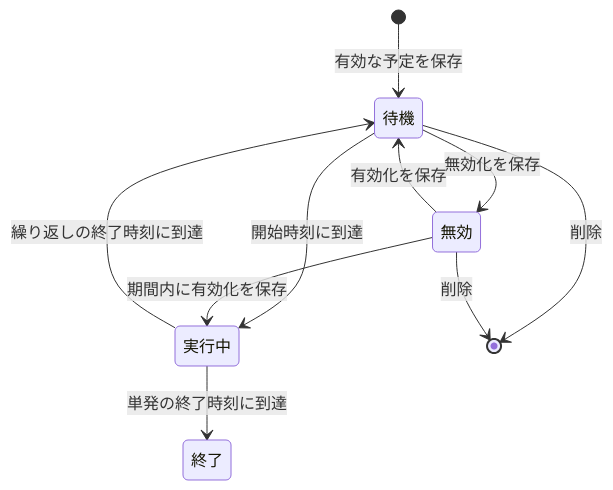
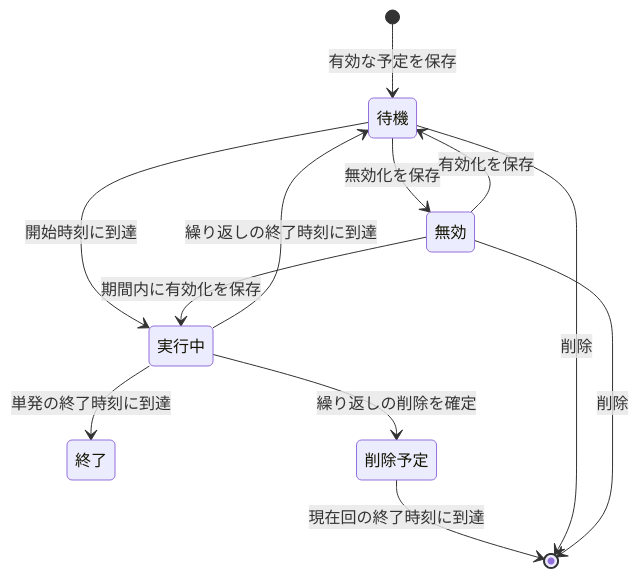
One commit to hiroyoshii/bearlock changed the second of 2 diagrams in docs/qa/ios-lock-expiry.md. Above: the diagram before and after it, drawn with Mermaid. The commit also changed other lines of this file and 18 other files, not shown here.

````diff
--- a/docs/qa/ios-lock-expiry.md
+++ b/docs/qa/ios-lock-expiry.md
@@ -57,12 +58,14 @@
 ```mermaid
 stateDiagram-v2
     [*] --> 待機: 有効な予定を保存
     待機 --> 実行中: 開始時刻に到達
     実行中 --> 待機: 繰り返しの終了時刻に到達
     実行中 --> 終了: 単発の終了時刻に到達
     待機 --> 無効: 無効化を保存
     無効 --> 待機: 有効化を保存
     無効 --> 実行中: 期間内に有効化を保存
+    実行中 --> 削除予定: 繰り返しの削除を確定
+    削除予定 --> [*]: 現在回の終了時刻に到達
     待機 --> [*]: 削除
     無効 --> [*]: 削除
 ```
````
